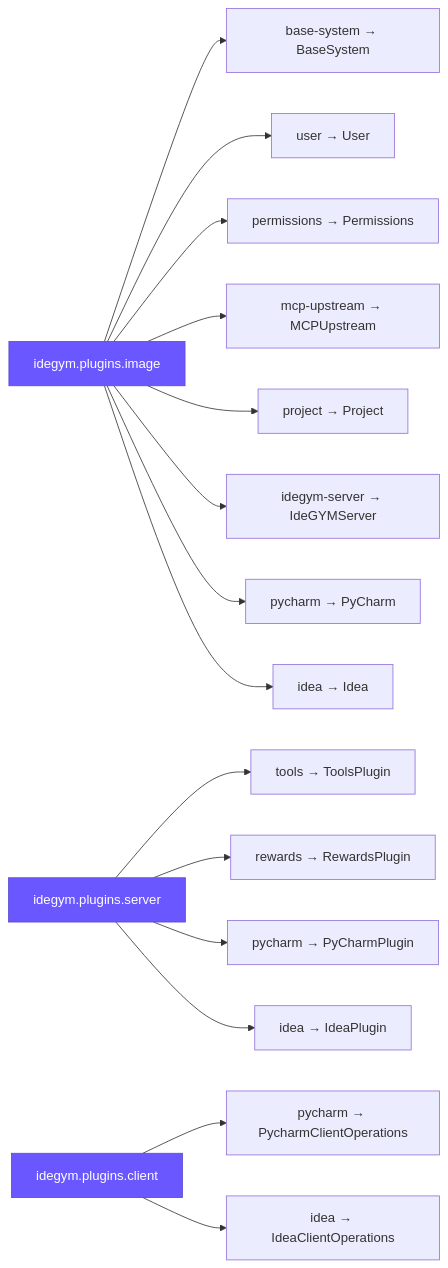
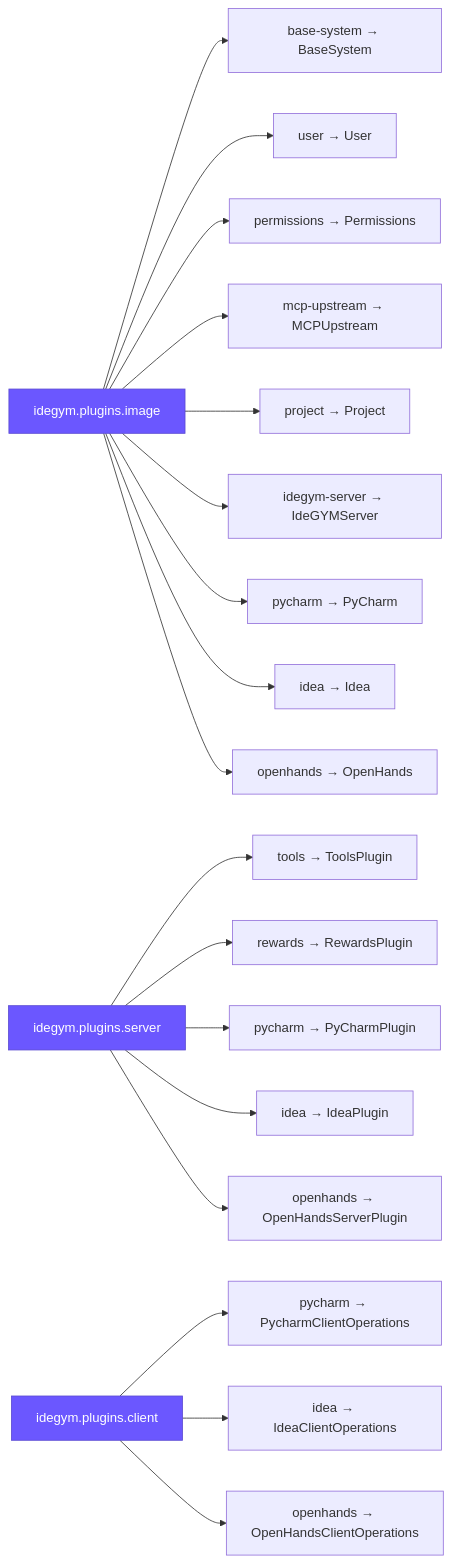
Before and after one commit to JetBrains-Research/idegym: the third of 3 diagrams in website/docs/reference/plugins.md, drawn with Mermaid. The commit also changed other lines of this file and 60 other files, not shown here.

First line of the commit message:
[JBRes-9808] Agentless OpenHands tools plugin (REST + MCP + typed client) (#230)

````diff
--- a/website/docs/reference/plugins.md
+++ b/website/docs/reference/plugins.md
@@ -598,7 +655,7 @@
 ```mermaid
 flowchart LR
-    img["idegym.plugins.image"]:::grp --> i1["base-system → BaseSystem"] & i2["user → User"] & i3["permissions → Permissions"] & i4["mcp-upstream → MCPUpstream"] & i5["project → Project"] & i6["idegym-server → IdeGYMServer"] & i7["pycharm → PyCharm"] & i8["idea → Idea"]
-    srv["idegym.plugins.server"]:::grp --> s1["tools → ToolsPlugin"] & s2["rewards → RewardsPlugin"] & s3["pycharm → PyCharmPlugin"] & s4["idea → IdeaPlugin"]
-    cli["idegym.plugins.client"]:::grp --> c1["pycharm → PycharmClientOperations"] & c2["idea → IdeaClientOperations"]
+    img["idegym.plugins.image"]:::grp --> i1["base-system → BaseSystem"] & i2["user → User"] & i3["permissions → Permissions"] & i4["mcp-upstream → MCPUpstream"] & i5["project → Project"] & i6["idegym-server → IdeGYMServer"] & i7["pycharm → PyCharm"] & i8["idea → Idea"] & i9["openhands → OpenHands"]
+    srv["idegym.plugins.server"]:::grp --> s1["tools → ToolsPlugin"] & s2["rewards → RewardsPlugin"] & s3["pycharm → PyCharmPlugin"] & s4["idea → IdeaPlugin"] & s5["openhands → OpenHandsServerPlugin"]
+    cli["idegym.plugins.client"]:::grp --> c1["pycharm → PycharmClientOperations"] & c2["idea → IdeaClientOperations"] & c3["openhands → OpenHandsClientOperations"]
     classDef grp fill:#6b57ff,stroke:#5b4bd2,color:#fff;
 ```
````
